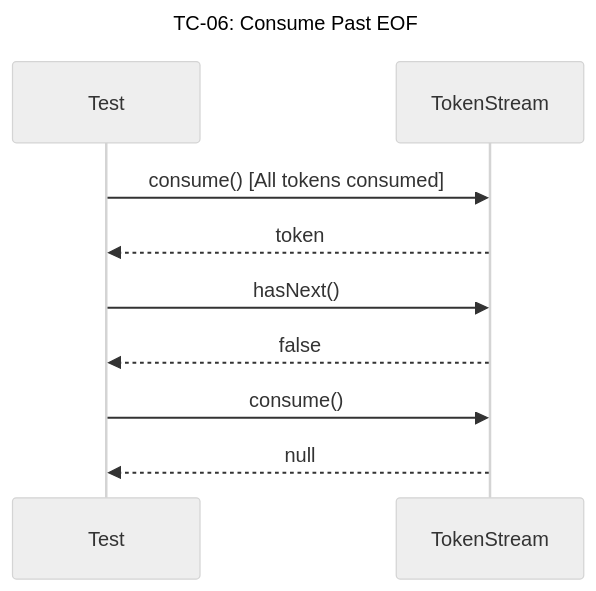
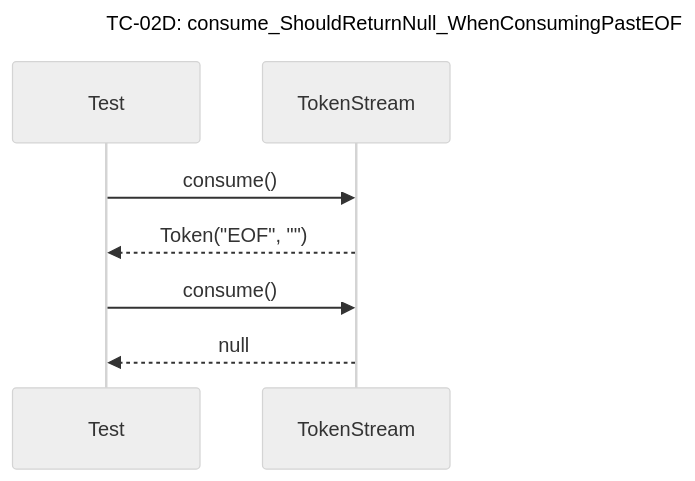
Diagram 11 of 41 in docs/unit_test/query_prossor/SequeceTestCase.md (Dikhang1112/Database_Management_BBV), drawn with Mermaid (neutral theme) before and after one commit. The commit also changed other lines of this file and 6 other files, not shown here.

Commit message:
Add docs sequece diagram and scenario testcase

````diff
--- a/docs/unit_test/query_prossor/SequeceTestCase.md
+++ b/docs/unit_test/query_prossor/SequeceTestCase.md
@@ -96,13 +140,11 @@
 ```mermaid
 sequenceDiagram
-    title TC-06: Consume Past EOF
+    title TC-02D: consume_ShouldReturnNull_WhenConsumingPastEOF
     participant Test
     participant TokenStream
 
-    Test->>TokenStream: consume() [All tokens consumed]
-    TokenStream-->>Test: token
-    Test->>TokenStream: hasNext()
-    TokenStream-->>Test: false
+    Test->>TokenStream: consume()
+    TokenStream-->>Test: Token("EOF", "")
     Test->>TokenStream: consume()
     TokenStream-->>Test: null
 ```
````
